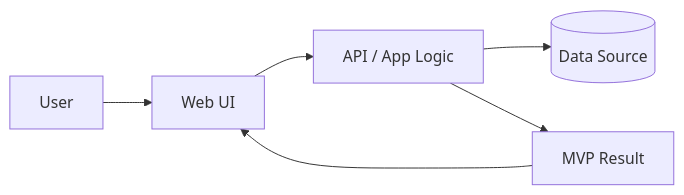
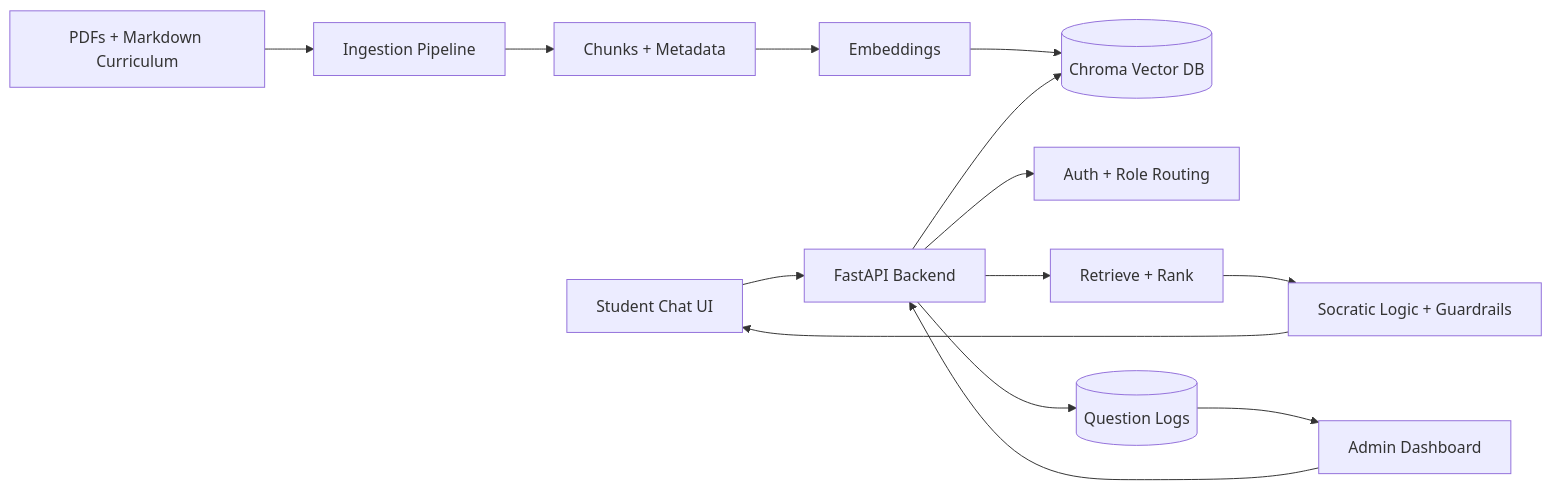
Before and after one commit to Andreachurchwell/team1-aiseHackathon: the diagram in ARCHITECTURE_SKETCH.md, drawn with Mermaid. The commit also changed other lines of this file and 8 other files, not shown here.

````diff
--- a/ARCHITECTURE_SKETCH.md
+++ b/ARCHITECTURE_SKETCH.md
@@ -5,8 +5,17 @@
 ```mermaid
 graph LR
-  User[User] --> Web[Web UI]
-  Web --> API[API / App Logic]
-  API --> Data[(Data Source)]
-  API --> Result[MVP Result]
-  Result --> Web
+  Docs[PDFs + Markdown Curriculum] --> Ingest[Ingestion Pipeline]
+  Ingest --> Chunks[Chunks + Metadata]
+  Chunks --> Embed[Embeddings]
+  Embed --> Chroma[(Chroma Vector DB)]
+
+  Student[Student Chat UI] --> API[FastAPI Backend]
+  Admin[Admin Dashboard] --> API
+  API --> Auth[Auth + Role Routing]
+  API --> Chroma
+  API --> RAG[Retrieve + Rank]
+  RAG --> Guardrails[Socratic Logic + Guardrails]
+  Guardrails --> Student
+  API --> Logs[(Question Logs)]
+  Logs --> Admin
 ```
````
